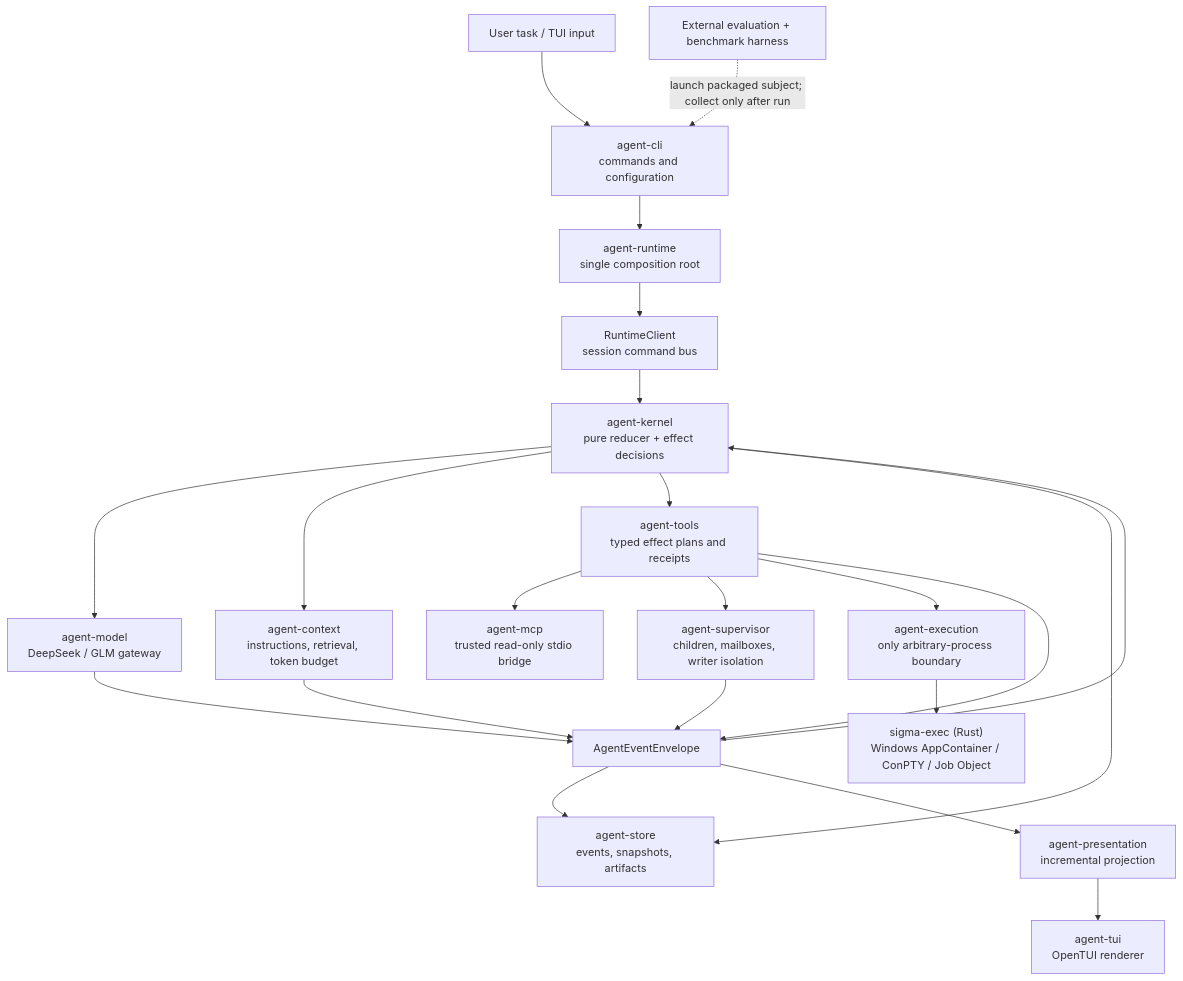
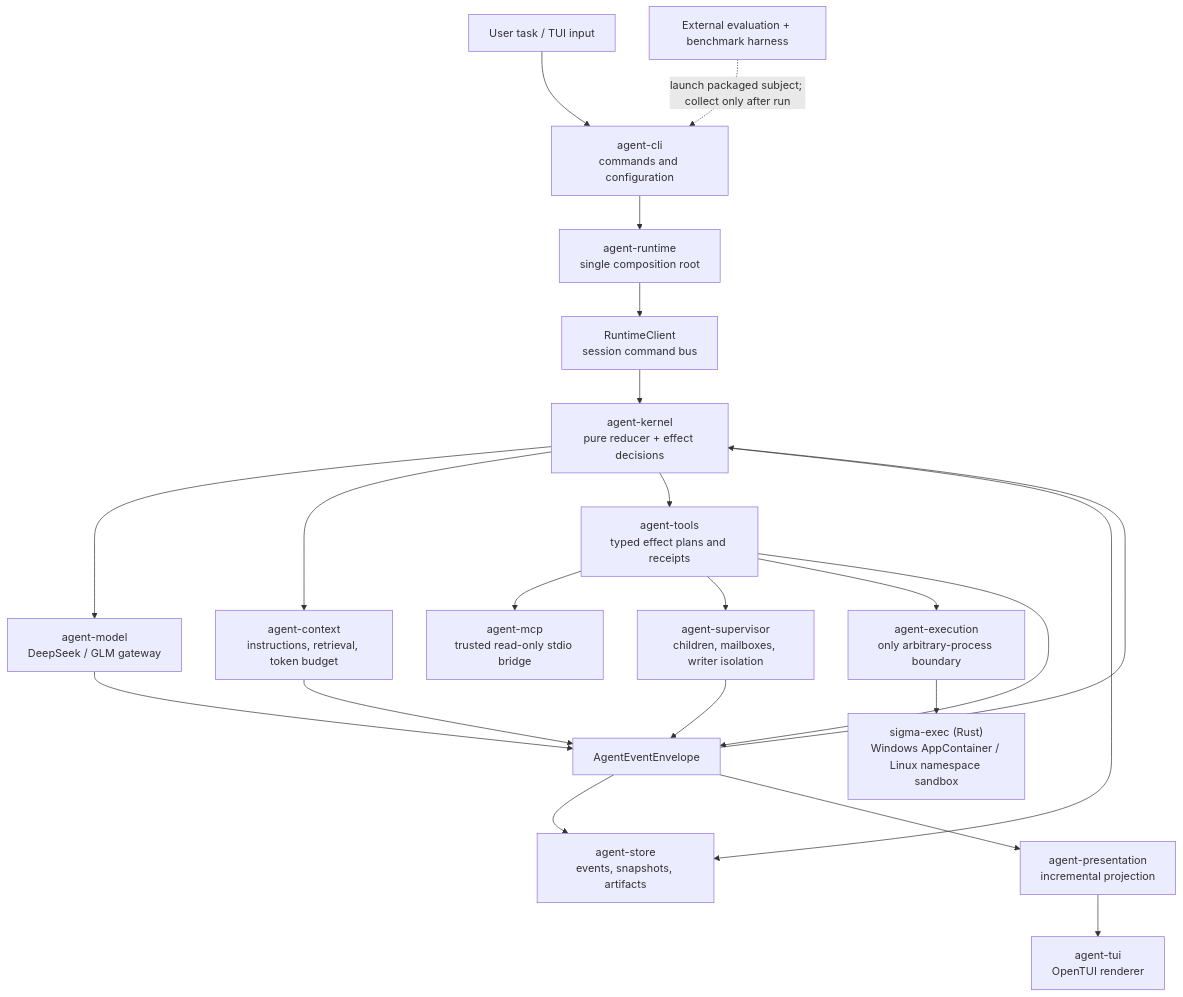
One commit to hututuQQQ/sigma changed the diagram in README.md. Above: the diagram before and after it, drawn with Mermaid. The commit also changed other lines of this file and 191 other files, not shown here.

````diff
--- a/README.md
+++ b/README.md
@@ -115,28 +115,28 @@
 ```mermaid
 flowchart TB
   USER["User task / TUI input"] --> CLI["agent-cli<br/>commands and configuration"]
   CLI --> ROOT["agent-runtime<br/>single composition root"]
   ROOT --> CLIENT["RuntimeClient<br/>session command bus"]
   CLIENT --> KERNEL["agent-kernel<br/>pure reducer + effect decisions"]
 
   KERNEL --> MODEL["agent-model<br/>DeepSeek / GLM gateway"]
   KERNEL --> CONTEXT["agent-context<br/>instructions, retrieval, token budget"]
   KERNEL --> TOOLS["agent-tools<br/>typed effect plans and receipts"]
   KERNEL --> STORE["agent-store<br/>events, snapshots, artifacts"]
 
   TOOLS --> MCP["agent-mcp<br/>trusted read-only stdio bridge"]
   TOOLS --> SUP["agent-supervisor<br/>children, mailboxes, writer isolation"]
   TOOLS --> EXEC["agent-execution<br/>only arbitrary-process boundary"]
-  EXEC --> NATIVE["sigma-exec (Rust)<br/>Windows AppContainer / ConPTY / Job Object"]
+  EXEC --> NATIVE["sigma-exec (Rust)<br/>Windows AppContainer / Linux namespace sandbox"]
 
   MODEL --> EVENTS["AgentEventEnvelope"]
   CONTEXT --> EVENTS
   TOOLS --> EVENTS
   SUP --> EVENTS
   EVENTS --> STORE
   EVENTS --> KERNEL
   EVENTS --> PRESENT["agent-presentation<br/>incremental projection"]
   PRESENT --> TUI["agent-tui<br/>OpenTUI renderer"]
 
   EVAL["External evaluation + benchmark harness"] -.->|"launch packaged subject; collect only after run"| CLI
 ```
````
